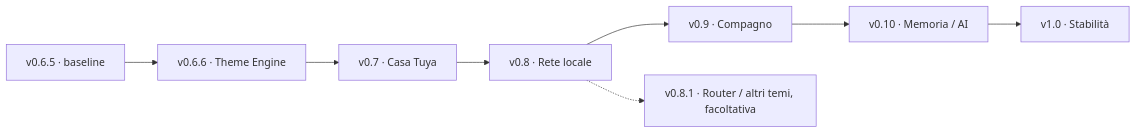
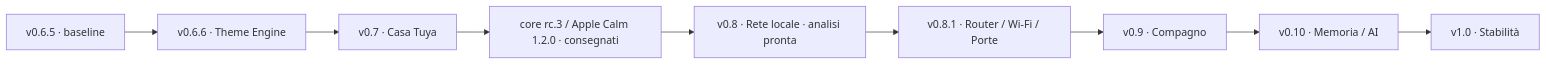
The diagram in dashboard/design/release-masterplan.md (GiDanis/desk-pulse), drawn with Mermaid before and after one commit. The commit also changed other lines of this file and 224 other files, not shown here.

First line of the commit message:
docs(design): record v0.7 implementation evidence and v0.8 LAN architecture study

````diff
--- a/dashboard/design/release-masterplan.md
+++ b/dashboard/design/release-masterplan.md
@@ -59,10 +78,11 @@
 ```mermaid
 flowchart LR
   A["v0.6.5 · baseline"] --> B["v0.6.6 · Theme Engine"]
   B --> C["v0.7 · Casa Tuya"]
-  C --> D["v0.8 · Rete locale"]
-  D --> E["v0.9 · Compagno"]
+  C --> P["core rc.3 / Apple Calm 1.2.0 · consegnati"]
+  P --> D["v0.8 · Rete locale · analisi pronta"]
+  D --> H["v0.8.1 · Router / Wi-Fi / Porte"]
+  H --> E["v0.9 · Compagno"]
   E --> F["v0.10 · Memoria / AI"]
   F --> G["v1.0 · Stabilità"]
-  D -.-> H["v0.8.1 · Router / altri temi, facoltativa"]
 ```
````
